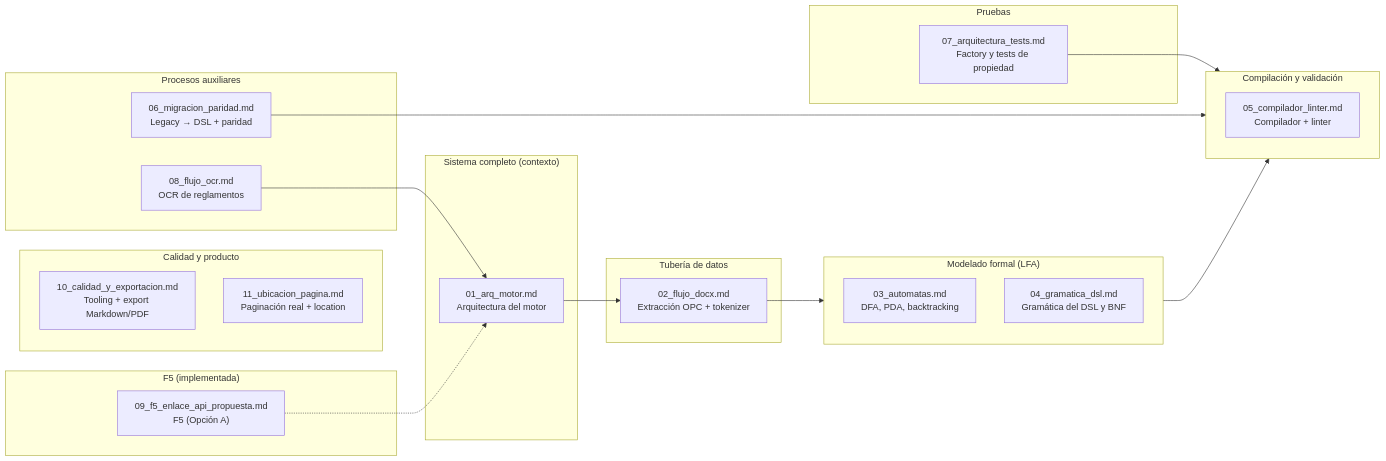
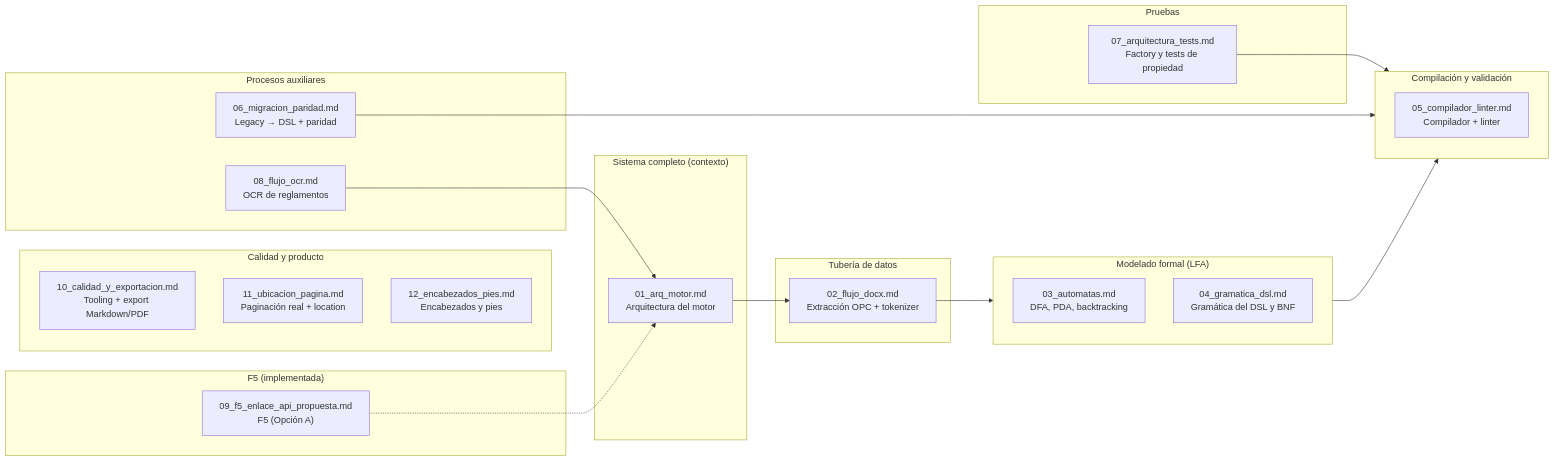
Before and after one commit to IvanSanchezSil/vistobueno: the first of 2 diagrams in docs/diseno/00_indice_diseno.md, drawn with Mermaid. The commit also changed other lines of this file and 14 other files, not shown here.

Commit message:
feat(motor): validar encabezados y pies de página (ítem 2 de la F2)

````diff
--- a/docs/diseno/00_indice_diseno.md
+++ b/docs/diseno/00_indice_diseno.md
@@ -31,45 +31,46 @@
 ```mermaid
 flowchart LR
     subgraph CONTEXTO["Sistema completo (contexto)"]
         A["01_arq_motor.md<br/>Arquitectura del motor"]
     end
 
     subgraph TUBERIA["Tubería de datos"]
         B["02_flujo_docx.md<br/>Extracción OPC + tokenizer"]
     end
 
     subgraph FORMAL["Modelado formal (LFA)"]
         C["03_automatas.md<br/>DFA, PDA, backtracking"]
         D["04_gramatica_dsl.md<br/>Gramática del DSL y BNF"]
     end
 
     subgraph COMPILACION["Compilación y validación"]
         E["05_compilador_linter.md<br/>Compilador + linter"]
     end
 
     subgraph PROCESOS["Procesos auxiliares"]
         F["06_migracion_paridad.md<br/>Legacy → DSL + paridad"]
         G["08_flujo_ocr.md<br/>OCR de reglamentos"]
     end
 
     subgraph PRUEBAS["Pruebas"]
         H["07_arquitectura_tests.md<br/>Factory y tests de propiedad"]
     end
 
     subgraph CALIDAD["Calidad y producto"]
         J["10_calidad_y_exportacion.md<br/>Tooling + export Markdown/PDF"]
         K["11_ubicacion_pagina.md<br/>Paginación real + location"]
+        L["12_encabezados_pies.md<br/>Encabezados y pies"]
     end
 
     subgraph FUTURO["F5 (implementada)"]
         I["09_f5_enlace_api_propuesta.md<br/>F5 (Opción A)"]
     end
 
     A --> B
     B --> FORMAL
     FORMAL --> COMPILACION
     F --> COMPILACION
     H --> COMPILACION
     G --> A
     I -.-> A
 ```
````
